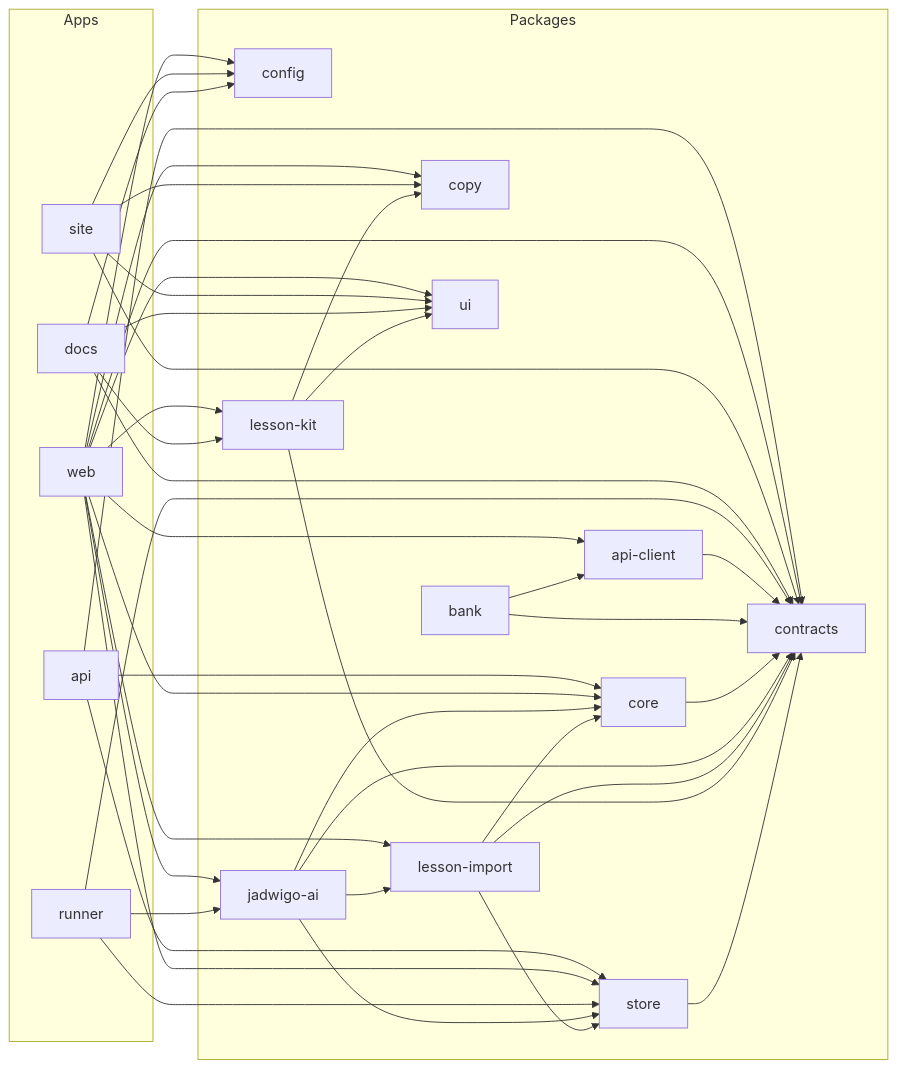
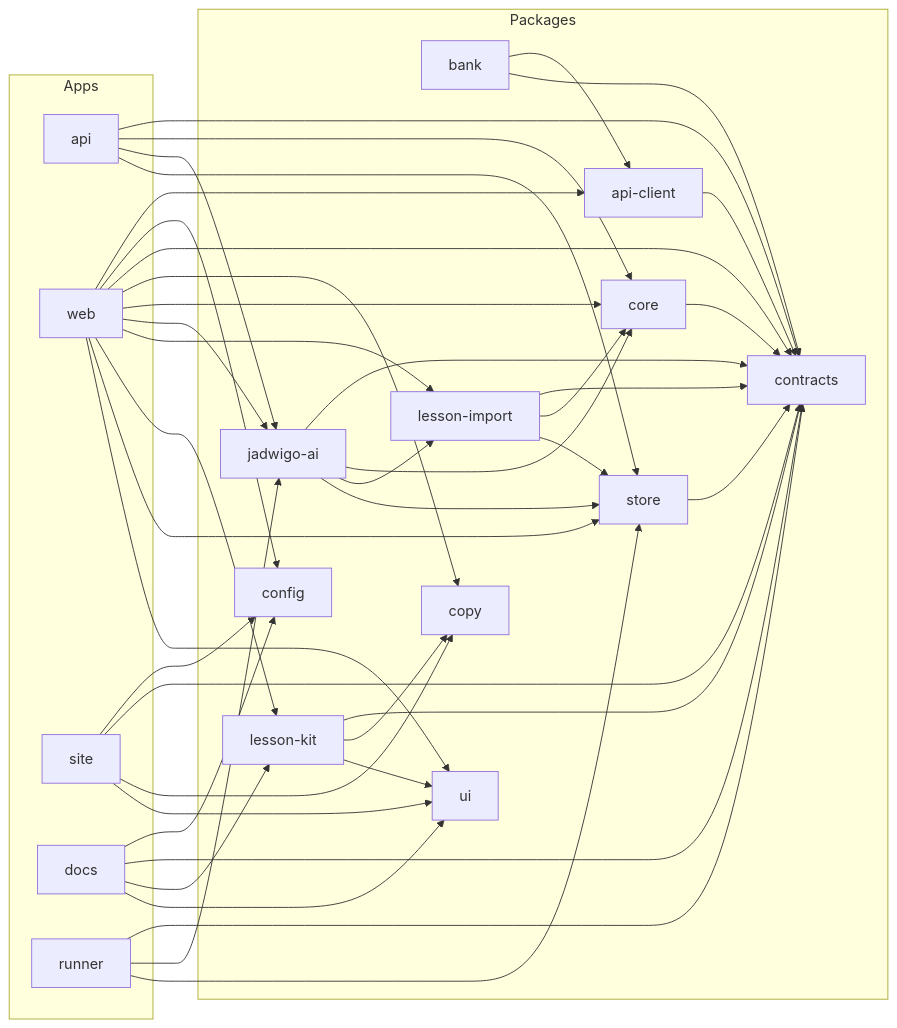
One commit to vasyl-stanislavchuk/jadwigo-hackathon changed the diagram in apps/docs/src/content/docs/architecture/monorepo.md. Above: the diagram before and after it, drawn with Mermaid. The commit also changed 32 other files, not shown here.

````diff
--- a/apps/docs/src/content/docs/architecture/monorepo.md
+++ b/apps/docs/src/content/docs/architecture/monorepo.md
@@ -20,62 +20,63 @@
 ```mermaid
 flowchart LR
   subgraph apps [Apps]
     api
     web
     site
     docs
     runner
   end
   subgraph packages [Packages]
     api_client["api-client"]
     bank
     config
     contracts
     copy
     core
     jadwigo_ai["jadwigo-ai"]
     lesson_import["lesson-import"]
     lesson_kit["lesson-kit"]
     store
     ui
   end
   api --> contracts
   api --> core
+  api --> jadwigo_ai
   api --> store
   web --> api_client
   web --> config
   web --> contracts
   web --> copy
   web --> core
   web --> jadwigo_ai
   web --> lesson_import
   web --> lesson_kit
   web --> store
   web --> ui
   site --> config
   site --> contracts
   site --> copy
   site --> ui
   docs --> config
   docs --> contracts
   docs --> lesson_kit
   docs --> ui
   runner --> contracts
   runner --> jadwigo_ai
   runner --> store
   api_client --> contracts
   bank --> api_client
   bank --> contracts
   core --> contracts
   jadwigo_ai --> contracts
   jadwigo_ai --> core
   jadwigo_ai --> lesson_import
   jadwigo_ai --> store
   lesson_import --> contracts
   lesson_import --> core
   lesson_import --> store
   lesson_kit --> contracts
   lesson_kit --> copy
   lesson_kit --> ui
   store --> contracts
 ```
````
